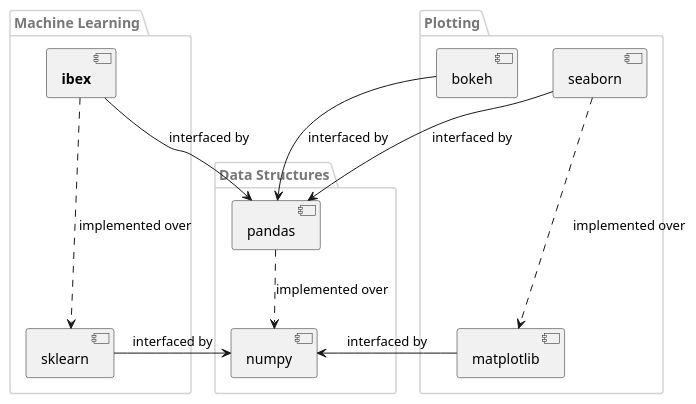
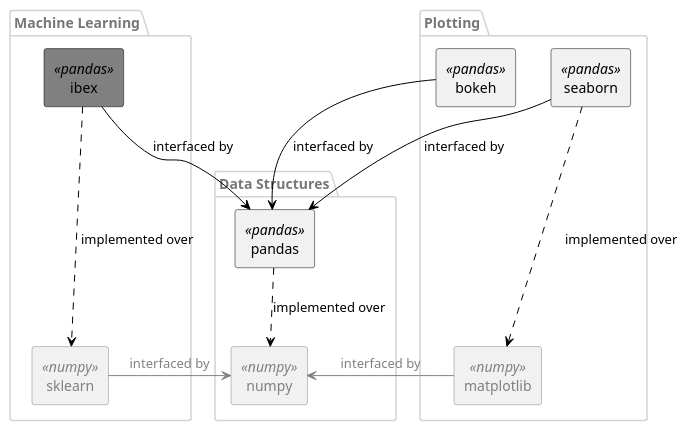
The diagram in ibex_pres/ibex_class_diagram_pandas.plantuml (atavory/atavory.github.io), drawn with PlantUML before and after one commit. The commit also changed 4 other files, not shown here.

Commit message:
nice class diagram

```diff
--- a/ibex_pres/ibex_class_diagram_pandas.plantuml
+++ b/ibex_pres/ibex_class_diagram_pandas.plantuml
@@ -1,36 +1,43 @@
 @startuml
 
     skinparam monochrome true
     skinparam shadowing false
 
     skinparam package {
         FontColor #777777
         BorderColor lightgrey
     }
 
-    package "Plotting" {
-        [seaborn]
-        [bokeh]
-        [matplotlib]
+    skinparam rectangle {
+        FontColor<<pandas>> black
+        FontColor<<numpy>> grey
+        BorderColor<<pandas>> black
+        BorderColor<<numpy>> grey
+    }
+    
+    package "Plotting" as Plotting { 
+        rectangle seaborn<<pandas>>
+        rectangle bokeh<<pandas>>
+        rectangle matplotlib<<numpy>>
     }
 
     package "Machine Learning" {
-        [sklearn]
-        [**ibex**]
+        rectangle sklearn<<numpy>>
+        rectangle ibex<<pandas>> #grey
     }
 
     package "Data Structures" {
-        [numpy]
-        [pandas]
+        rectangle numpy<<numpy>>
+        rectangle pandas<<pandas>>
     }
 
-    [sklearn] -> [numpy] : interfaced by
-    [matplotlib] -> [numpy] : interfaced by
-    [pandas] ..> [numpy] : implemented over
-    [seaborn] -> [pandas] : interfaced by
-    [bokeh] -> [pandas] : interfaced by
-    [seaborn] ..-> [matplotlib] : implemented over
-    [**ibex**] -> [pandas] : interfaced by
-    [**ibex**] ..-> [sklearn] : implemented over
+    [sklearn] -[#grey]> [numpy] : <color grey>interfaced by</color>
+    [matplotlib] -[#grey]> [numpy] : <color grey>interfaced by</color>
+    pandas ..[#black]> [numpy] : <color black>implemented over</color>
+    seaborn -[#black]> pandas : <color black>interfaced by</color>
+    [bokeh] -[#black]> pandas : <color black>interfaced by</color>
+    [seaborn] ..[#black]-> [matplotlib] : <color black>implemented over</color>
+    ibex -[#black]> pandas : <color black>interfaced by</color> 
+    ibex ..[#black]-> [sklearn] : implemented over
 
 @enduml
```
